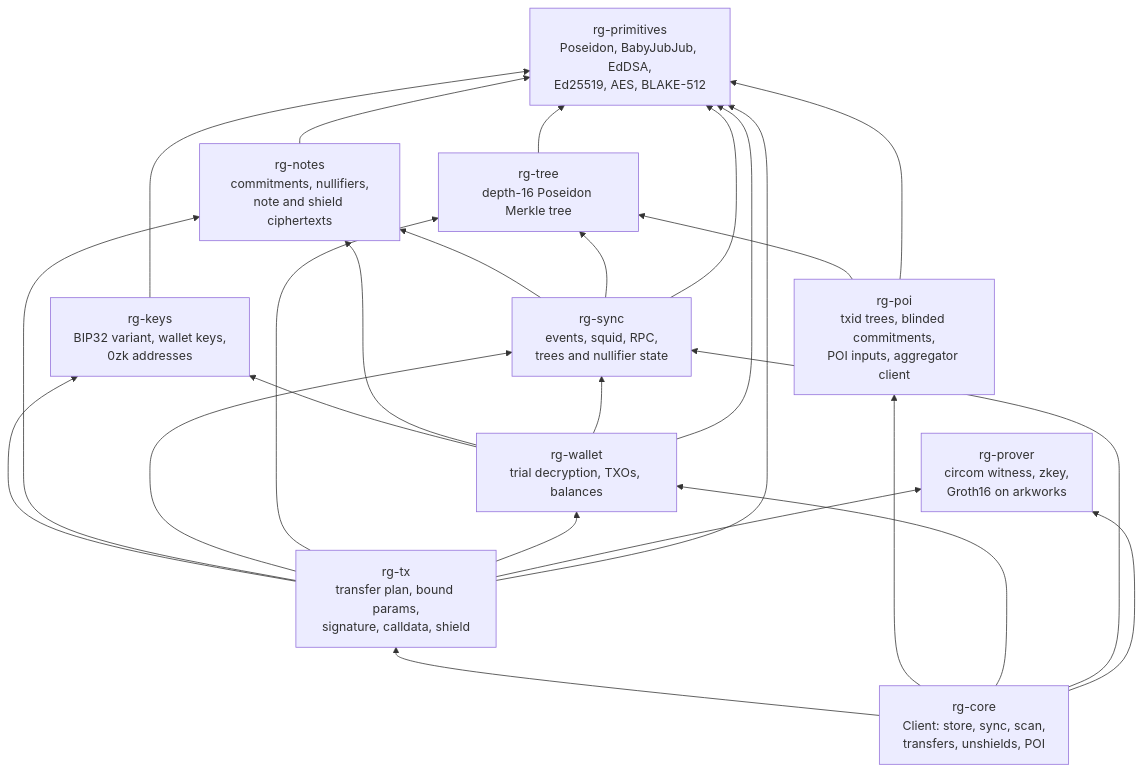
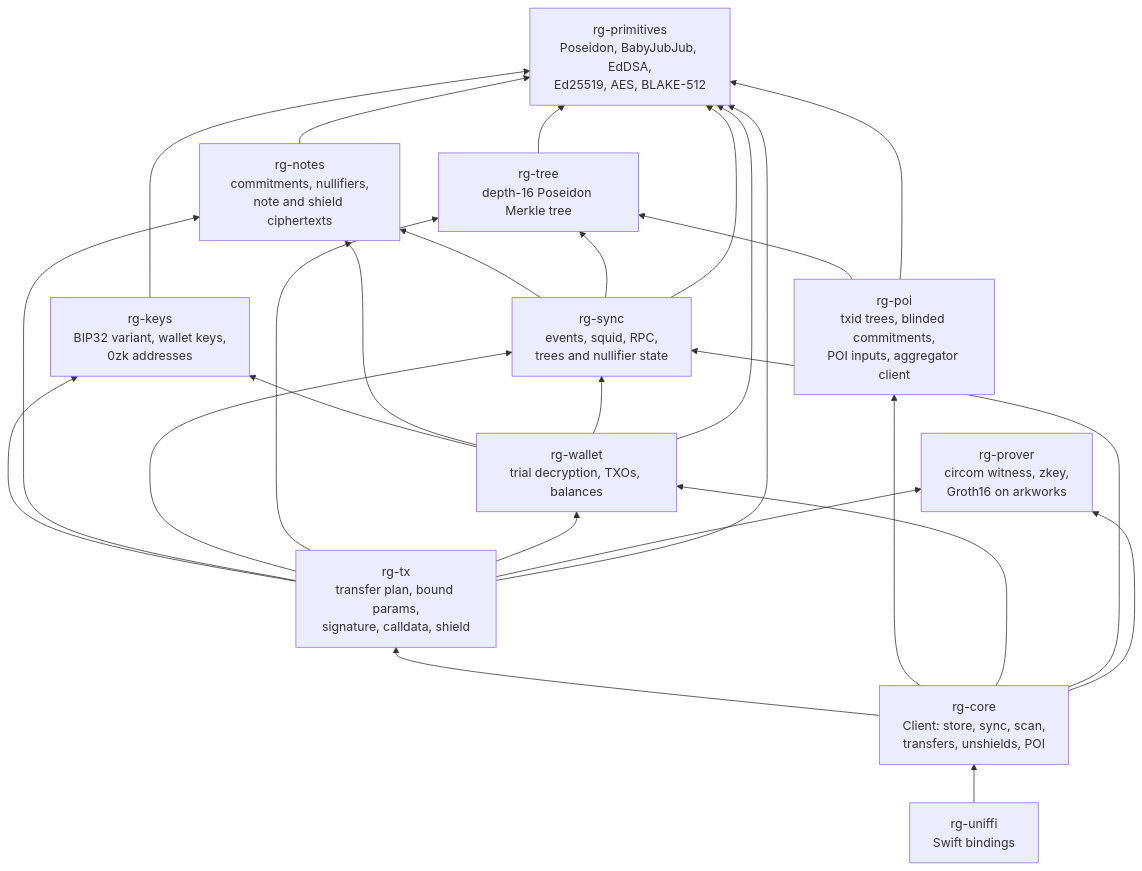
Before and after one commit to hewigovens/railgun.rs: the first of 5 diagrams in docs/architecture.md, drawn with Mermaid. The commit also changed other lines of this file and 29 other files, not shown here.

First line of the commit message:
Add rg-uniffi with Swift bindings, and cache txid leaves

````diff
--- a/docs/architecture.md
+++ b/docs/architecture.md
@@ -9,38 +8,40 @@
 ```mermaid
 flowchart BT
     primitives["rg-primitives<br/>Poseidon, BabyJubJub, EdDSA,<br/>Ed25519, AES, BLAKE-512"]
     keys["rg-keys<br/>BIP32 variant, wallet keys,<br/>0zk addresses"]
     notes["rg-notes<br/>commitments, nullifiers,<br/>note and shield ciphertexts"]
     tree["rg-tree<br/>depth-16 Poseidon Merkle tree"]
     sync["rg-sync<br/>events, squid, RPC,<br/>trees and nullifier state"]
     wallet["rg-wallet<br/>trial decryption, TXOs, balances"]
     prover["rg-prover<br/>circom witness, zkey,<br/>Groth16 on arkworks"]
     tx["rg-tx<br/>transfer plan, bound params,<br/>signature, calldata, shield"]
     poi["rg-poi<br/>txid trees, blinded commitments,<br/>POI inputs, aggregator client"]
 
     keys --> primitives
     notes --> primitives
     tree --> primitives
     sync --> notes
     sync --> tree
     sync --> primitives
     wallet --> keys
     wallet --> notes
     wallet --> sync
     wallet --> primitives
     tx --> keys
     tx --> notes
     tx --> sync
     tx --> tree
     tx --> wallet
     tx --> prover
     tx --> primitives
     poi --> tree
     poi --> primitives
     core["rg-core<br/>Client: store, sync, scan,<br/>transfers, unshields, POI"]
     core --> tx
     core --> poi
     core --> wallet
     core --> sync
     core --> prover
+    uniffi["rg-uniffi<br/>Swift bindings"]
+    uniffi --> core
 ```
````
